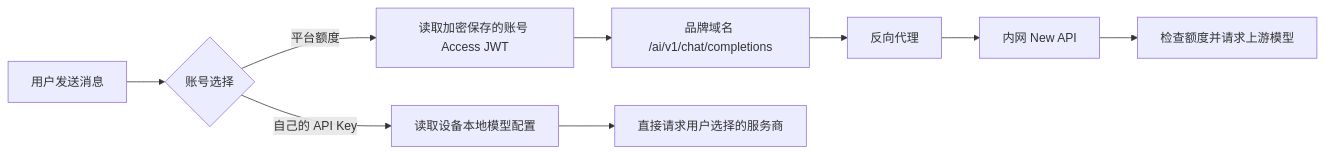
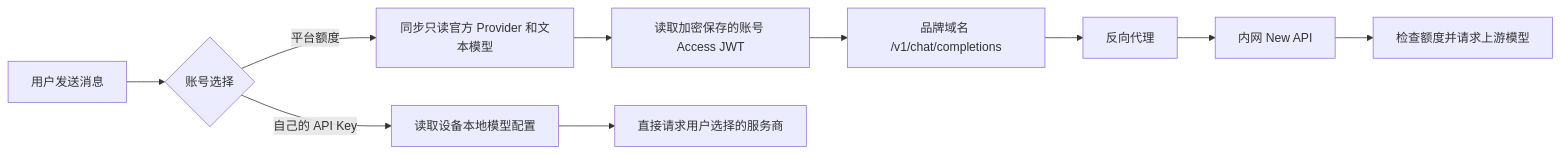
One commit to a1494190052-glitch/OmniBot changed the diagram in docs/ai-request-routing.zh-CN.md. Above: the diagram before and after it, drawn with Mermaid. The commit also changed other lines of this file and 63 other files, not shown here.

````diff
--- a/docs/ai-request-routing.zh-CN.md
+++ b/docs/ai-request-routing.zh-CN.md
@@ -5,11 +5,12 @@
 ```mermaid
 flowchart LR
     A[用户发送消息] --> B{账号选择}
-    B -->|平台额度| C[读取加密保存的账号 Access JWT]
-    C --> D[品牌域名 /ai/v1/chat/completions]
-    D --> E[反向代理]
-    E --> F[内网 New API]
-    F --> G[检查额度并请求上游模型]
-    B -->|自己的 API Key| H[读取设备本地模型配置]
-    H --> I[直接请求用户选择的服务商]
+    B -->|平台额度| P1[同步只读官方 Provider 和文本模型]
+    P1 --> P2[读取加密保存的账号 Access JWT]
+    P2 --> P3[品牌域名 /v1/chat/completions]
+    P3 --> P4[反向代理]
+    P4 --> P5[内网 New API]
+    P5 --> P6[检查额度并请求上游模型]
+    B -->|自己的 API Key| K1[读取设备本地模型配置]
+    K1 --> K2[直接请求用户选择的服务商]
 ```
````
